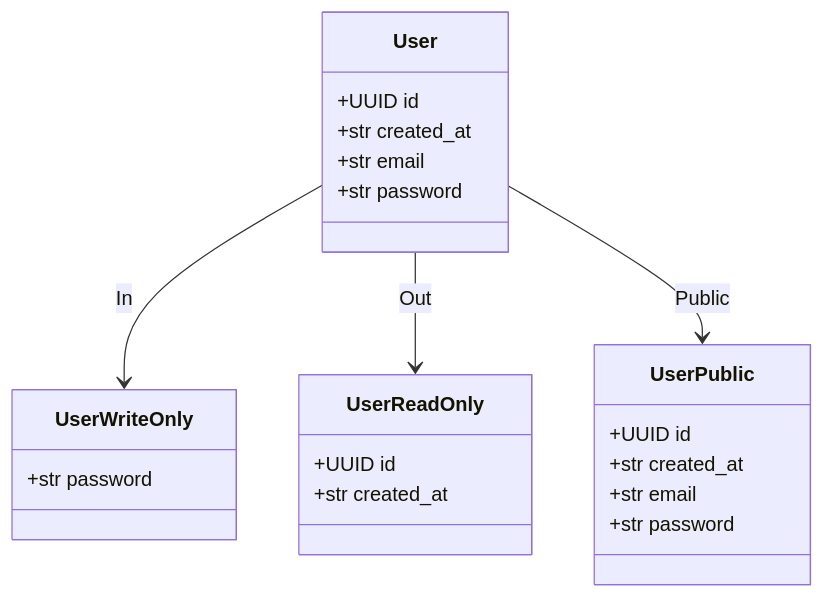
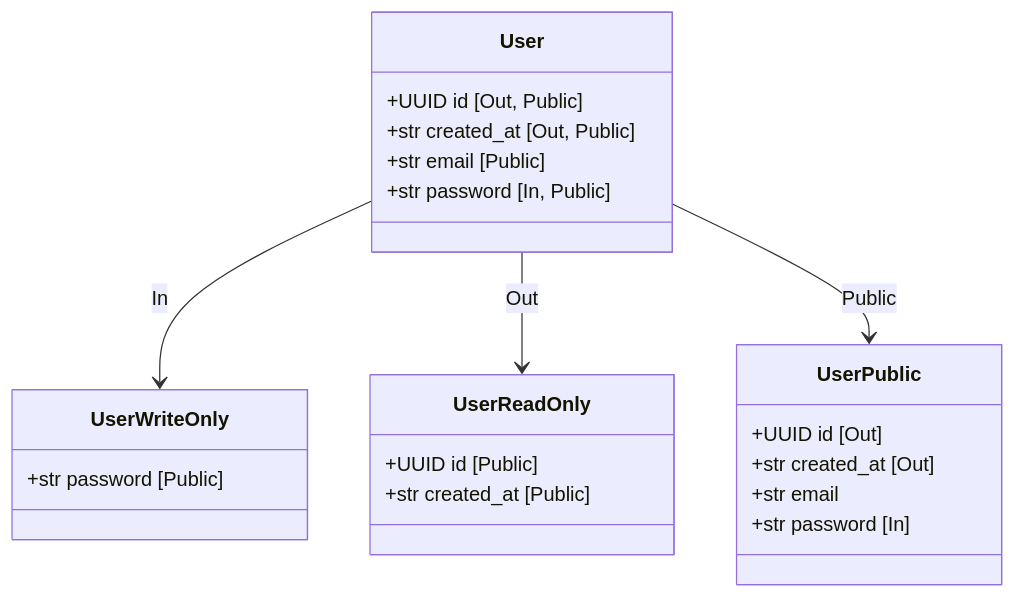
Before and after one commit to release-art/pydantic-prism: the second of 2 diagrams in examples/readwrite_fields/README.md, drawn with Mermaid. The commit also changed 20 other files, not shown here.

````diff
--- a/examples/readwrite_fields/README.md
+++ b/examples/readwrite_fields/README.md
@@ -20,26 +20,26 @@
 ```mermaid
 classDiagram
     direction TB
     class User {
-        +UUID id
-        +str created_at
-        +str email
-        +str password
+        +UUID id [Out, Public]
+        +str created_at [Out, Public]
+        +str email [Public]
+        +str password [In, Public]
     }
     class UserWriteOnly {
-        +str password
+        +str password [Public]
     }
     class UserReadOnly {
-        +UUID id
-        +str created_at
+        +UUID id [Public]
+        +str created_at [Public]
     }
     class UserPublic {
-        +UUID id
-        +str created_at
+        +UUID id [Out]
+        +str created_at [Out]
         +str email
-        +str password
+        +str password [In]
     }
     User --> UserWriteOnly : In
     User --> UserReadOnly : Out
     User --> UserPublic : Public
 ```
````
